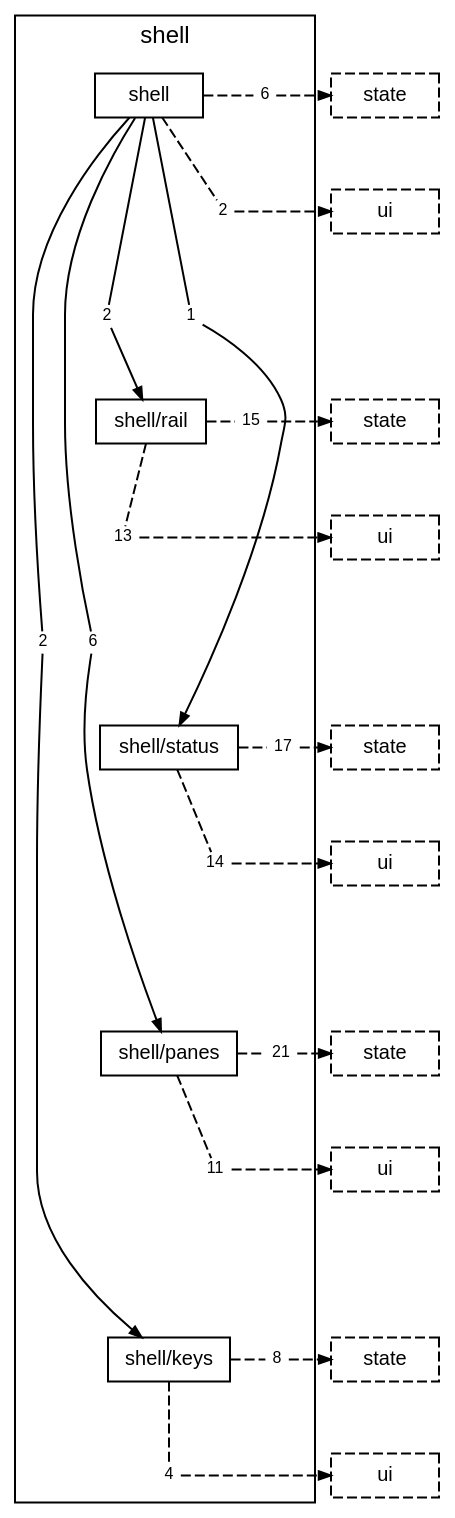
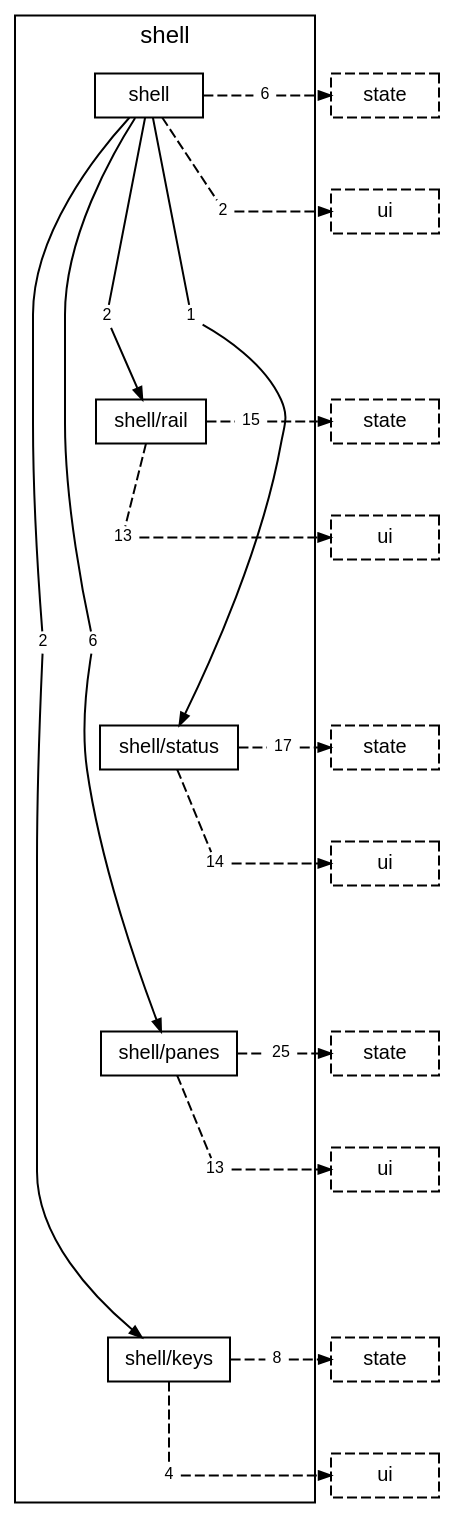
Before and after one commit to TheAxeC/oculus: the diagram in docs/diagrams/layer-shell.dot, drawn with Graphviz. The commit also changed 299 other files, not shown here.

```diff
--- a/docs/diagrams/layer-shell.dot
+++ b/docs/diagrams/layer-shell.dot
@@ -1,79 +1,79 @@
 digraph layer_shell {
     graph [bgcolor="transparent", rankdir=TB, newrank=true, fontname="Helvetica,Arial,sans-serif", fontsize=12, nodesep=0.2, ranksep=0.5];
     node [shape=box, color="black", fontcolor="black", fontname="Helvetica,Arial,sans-serif", fontsize=10, height=0.3, margin="0.12,0.04"];
     edge [color="black", fontcolor="black", fontname="Helvetica,Arial,sans-serif", fontsize=8, arrowsize=0.6];
     subgraph "cluster_shell" {
         label="shell"; style=solid;
         "folder shell" [label="shell"];
         "folder shell/rail" [label="shell/rail"];
         "folder shell/status" [label="shell/status"];
         "folder shell/panes" [label="shell/panes"];
         "folder shell/keys" [label="shell/keys"];
         "folder shell to folder shell/keys" [label="2", shape=box, color="transparent", fontsize=8, width=0, height=0, margin="0.04,0.02"];
         "folder shell to folder shell/panes" [label="6", shape=box, color="transparent", fontsize=8, width=0, height=0, margin="0.04,0.02"];
         "folder shell to folder shell/rail" [label="2", shape=box, color="transparent", fontsize=8, width=0, height=0, margin="0.04,0.02"];
         "folder shell to folder shell/status" [label="1", shape=box, color="transparent", fontsize=8, width=0, height=0, margin="0.04,0.02"];
         "folder shell to layer state" [label="6", shape=box, color="transparent", fontsize=8, width=0, height=0, margin="0.04,0.02"];
         "folder shell to layer ui" [label="2", shape=box, color="transparent", fontsize=8, width=0, height=0, margin="0.04,0.02"];
         "folder shell/rail to layer state" [label="15", shape=box, color="transparent", fontsize=8, width=0, height=0, margin="0.04,0.02"];
         "folder shell/rail to layer ui" [label="13", shape=box, color="transparent", fontsize=8, width=0, height=0, margin="0.04,0.02"];
         "folder shell/status to layer state" [label="17", shape=box, color="transparent", fontsize=8, width=0, height=0, margin="0.04,0.02"];
         "folder shell/status to layer ui" [label="14", shape=box, color="transparent", fontsize=8, width=0, height=0, margin="0.04,0.02"];
-        "folder shell/panes to layer state" [label="21", shape=box, color="transparent", fontsize=8, width=0, height=0, margin="0.04,0.02"];
-        "folder shell/panes to layer ui" [label="11", shape=box, color="transparent", fontsize=8, width=0, height=0, margin="0.04,0.02"];
+        "folder shell/panes to layer state" [label="25", shape=box, color="transparent", fontsize=8, width=0, height=0, margin="0.04,0.02"];
+        "folder shell/panes to layer ui" [label="13", shape=box, color="transparent", fontsize=8, width=0, height=0, margin="0.04,0.02"];
         "folder shell/keys to layer state" [label="8", shape=box, color="transparent", fontsize=8, width=0, height=0, margin="0.04,0.02"];
         "folder shell/keys to layer ui" [label="4", shape=box, color="transparent", fontsize=8, width=0, height=0, margin="0.04,0.02"];
     }
     "layer state from folder shell" [label="state", style=dashed];
     "layer ui from folder shell" [label="ui", style=dashed];
     "layer state from folder shell/rail" [label="state", style=dashed];
     "layer ui from folder shell/rail" [label="ui", style=dashed];
     "layer state from folder shell/status" [label="state", style=dashed];
     "layer ui from folder shell/status" [label="ui", style=dashed];
     "layer state from folder shell/panes" [label="state", style=dashed];
     "layer ui from folder shell/panes" [label="ui", style=dashed];
     "layer state from folder shell/keys" [label="state", style=dashed];
     "layer ui from folder shell/keys" [label="ui", style=dashed];
     "folder shell" -> "folder shell/rail" [style=invis, weight=10, minlen=3];
     "folder shell/rail" -> "folder shell/status" [style=invis, weight=10, minlen=3];
     "folder shell/status" -> "folder shell/panes" [style=invis, weight=10, minlen=3];
     "folder shell/panes" -> "folder shell/keys" [style=invis, weight=10, minlen=3];
     "folder shell" -> "folder shell to folder shell/keys" [arrowhead=none, minlen=5, weight=10];
     "folder shell to folder shell/keys" -> "folder shell/keys" [];
     "folder shell" -> "folder shell to folder shell/panes" [arrowhead=none, minlen=5, weight=10];
     "folder shell to folder shell/panes" -> "folder shell/panes" [];
     "folder shell" -> "folder shell to folder shell/rail" [arrowhead=none, minlen=2, weight=10];
     "folder shell to folder shell/rail" -> "folder shell/rail" [];
     "folder shell" -> "folder shell to folder shell/status" [arrowhead=none, minlen=2, weight=10];
     "folder shell to folder shell/status" -> "folder shell/status" [];
     "folder shell" -> "folder shell to layer state" [arrowhead=none, style=dashed];
     "folder shell to layer state" -> "layer state from folder shell" [style=dashed];
     { rank=same; "folder shell"; "folder shell to layer state"; "layer state from folder shell"; }
     "folder shell" -> "folder shell to layer ui" [arrowhead=none, style=dashed, minlen=1, weight=10];
     "folder shell to layer ui" -> "layer ui from folder shell" [style=dashed];
     { rank=same; "folder shell to layer ui"; "layer ui from folder shell"; }
     "folder shell/rail" -> "folder shell/rail to layer state" [arrowhead=none, style=dashed];
     "folder shell/rail to layer state" -> "layer state from folder shell/rail" [style=dashed];
     { rank=same; "folder shell/rail"; "folder shell/rail to layer state"; "layer state from folder shell/rail"; }
     "folder shell/rail" -> "folder shell/rail to layer ui" [arrowhead=none, style=dashed, minlen=1, weight=10];
     "folder shell/rail to layer ui" -> "layer ui from folder shell/rail" [style=dashed];
     { rank=same; "folder shell/rail to layer ui"; "layer ui from folder shell/rail"; }
     "folder shell/status" -> "folder shell/status to layer state" [arrowhead=none, style=dashed];
     "folder shell/status to layer state" -> "layer state from folder shell/status" [style=dashed];
     { rank=same; "folder shell/status"; "folder shell/status to layer state"; "layer state from folder shell/status"; }
     "folder shell/status" -> "folder shell/status to layer ui" [arrowhead=none, style=dashed, minlen=1, weight=10];
     "folder shell/status to layer ui" -> "layer ui from folder shell/status" [style=dashed];
     { rank=same; "folder shell/status to layer ui"; "layer ui from folder shell/status"; }
     "folder shell/panes" -> "folder shell/panes to layer state" [arrowhead=none, style=dashed];
     "folder shell/panes to layer state" -> "layer state from folder shell/panes" [style=dashed];
     { rank=same; "folder shell/panes"; "folder shell/panes to layer state"; "layer state from folder shell/panes"; }
     "folder shell/panes" -> "folder shell/panes to layer ui" [arrowhead=none, style=dashed, minlen=1, weight=10];
     "folder shell/panes to layer ui" -> "layer ui from folder shell/panes" [style=dashed];
     { rank=same; "folder shell/panes to layer ui"; "layer ui from folder shell/panes"; }
     "folder shell/keys" -> "folder shell/keys to layer state" [arrowhead=none, style=dashed];
     "folder shell/keys to layer state" -> "layer state from folder shell/keys" [style=dashed];
     { rank=same; "folder shell/keys"; "folder shell/keys to layer state"; "layer state from folder shell/keys"; }
     "folder shell/keys" -> "folder shell/keys to layer ui" [arrowhead=none, style=dashed, minlen=1, weight=10];
     "folder shell/keys to layer ui" -> "layer ui from folder shell/keys" [style=dashed];
     { rank=same; "folder shell/keys to layer ui"; "layer ui from folder shell/keys"; }
 }
```
